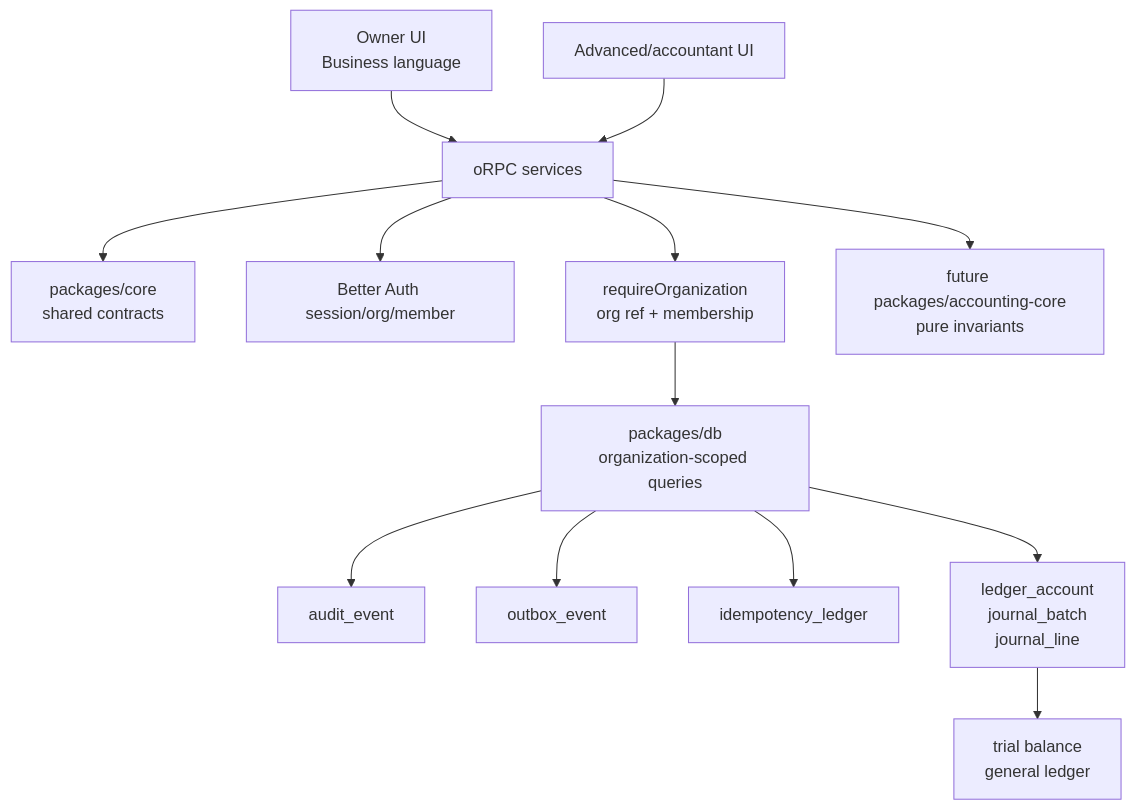
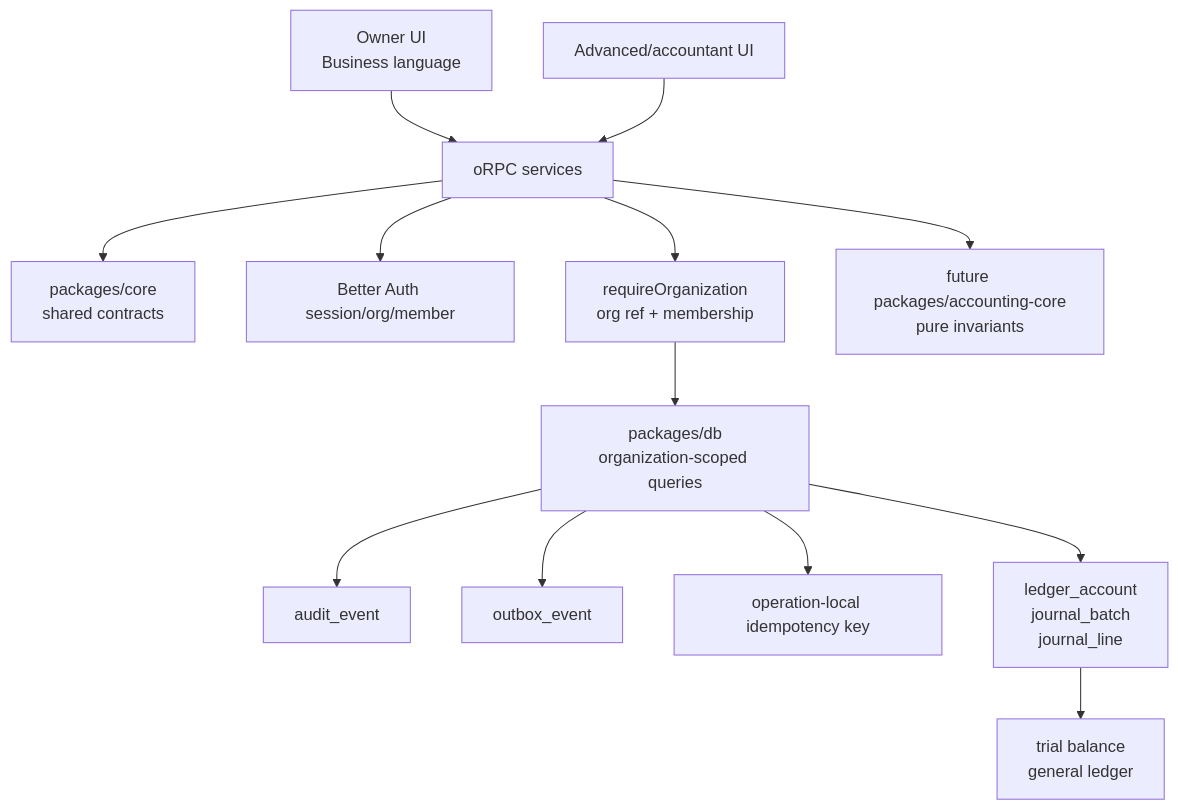
One commit to isherbuilds/edernal-books changed the fifth of 6 diagrams in docs/architecture.md. Above: the diagram before and after it, drawn with Mermaid. The commit also changed other lines of this file and 35 other files, not shown here.

````diff
--- a/docs/architecture.md
+++ b/docs/architecture.md
@@ -141,15 +180,15 @@
 ```mermaid
 flowchart TD
   OwnerUI["Owner UI<br/>Business language"] --> API["oRPC services"]
   AccountantUI["Advanced/accountant UI"] --> API
   API --> Core["packages/core<br/>shared contracts"]
   API --> Auth["Better Auth session/org/member"]
   API --> OrgGuard["requireOrganization<br/>org ref + membership"]
   OrgGuard --> DBTX["packages/db<br/>organization-scoped queries"]
   API --> AccountingCore["future packages/accounting-core<br/>pure invariants"]
   DBTX --> Audit["audit_event"]
   DBTX --> Outbox["outbox_event"]
-  DBTX --> Idempotency["idempotency_ledger"]
+  DBTX --> OperationKey["operation-local idempotency key"]
   DBTX --> Ledger["ledger_account<br/>journal_batch<br/>journal_line"]
   Ledger --> Reports["trial balance<br/>general ledger"]
 ```
````
